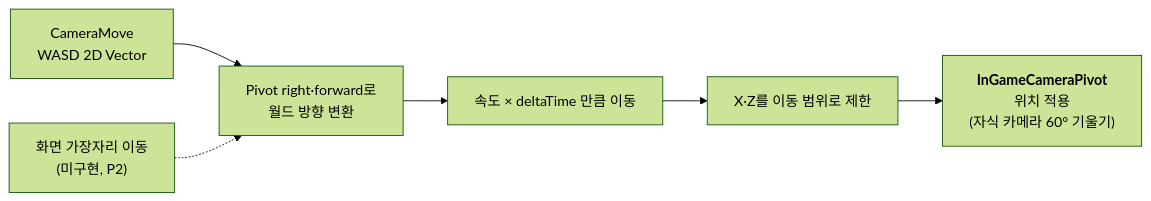
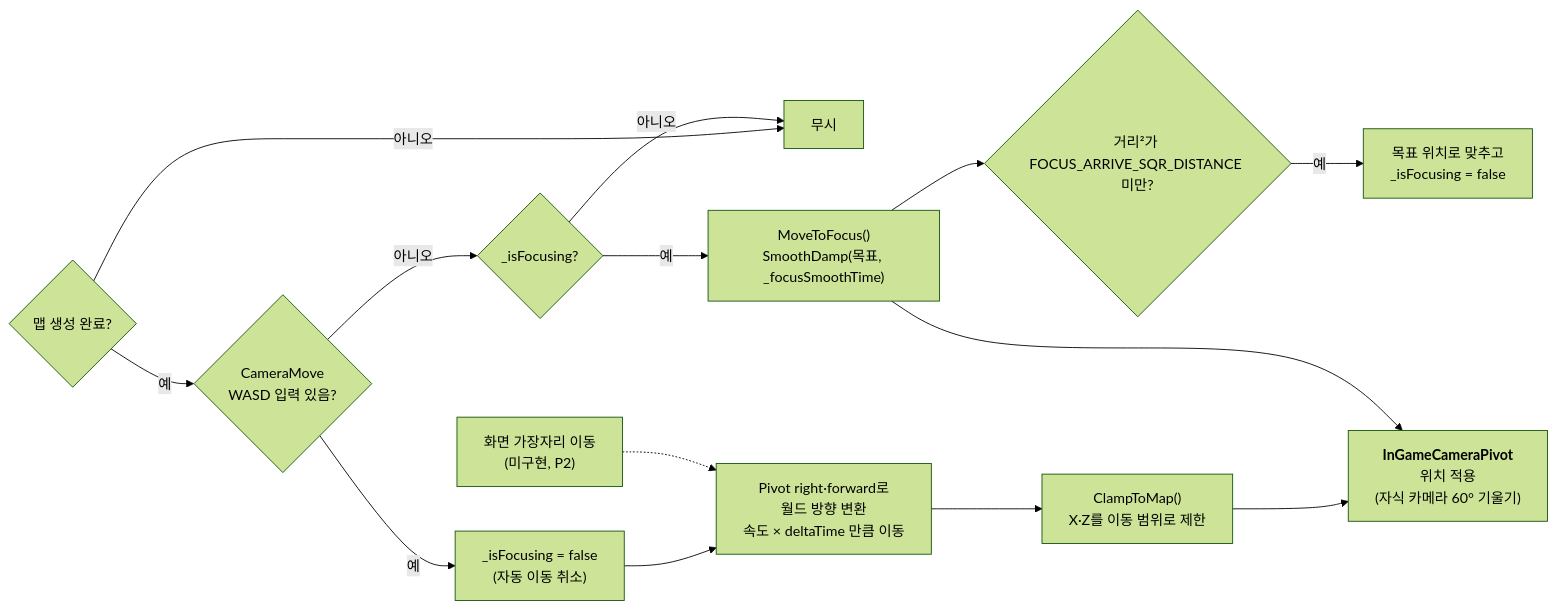
Before and after one commit to jayy5288sk/PersonalProject: diagram 35 of 36 in Docs/ImplementDocs/Diagram.md, drawn with Mermaid (forest theme). The commit also changed other lines of this file and 3 other files, not shown here.

Commit message:
[Docs] 남은 기술문서 작성 및 다이어그램 갱신

````diff
--- a/Docs/ImplementDocs/Diagram.md
+++ b/Docs/ImplementDocs/Diagram.md
@@ -672,8 +731,16 @@
 ```mermaid
 flowchart LR
-    Input["CameraMove<br/>WASD 2D Vector"] --> Dir["Pivot right·forward로<br/>월드 방향 변환"]
-    Dir --> Move["속도 × deltaTime 만큼 이동"]
-    Move --> Clamp["X·Z를 이동 범위로 제한"]
+    Gen{"맵 생성 완료?"} -->|아니오| Stop["무시"]
+    Gen -->|예| Input{"CameraMove<br/>WASD 입력 있음?"}
+    Input -->|예| Cancel["_isFocusing = false<br/>(자동 이동 취소)"]
+    Cancel --> Dir["Pivot right·forward로<br/>월드 방향 변환<br/>속도 × deltaTime 만큼 이동"]
+    Dir --> Clamp["ClampToMap()<br/>X·Z를 이동 범위로 제한"]
+    Input -->|아니오| Foc{"_isFocusing?"}
+    Foc -->|아니오| Stop
+    Foc -->|예| Smooth["MoveToFocus()<br/>SmoothDamp(목표, _focusSmoothTime)"]
+    Smooth --> Arrive{"거리²가 FOCUS_ARRIVE_SQR_DISTANCE 미만?"}
+    Arrive -->|예| Snap["목표 위치로 맞추고<br/>_isFocusing = false"]
     Clamp --> Pivot["<b>InGameCameraPivot</b><br/>위치 적용<br/>(자식 카메라 60° 기울기)"]
+    Smooth --> Pivot
     Edge["화면 가장자리 이동<br/>(미구현, P2)"] -.-> Dir
 ```
````
